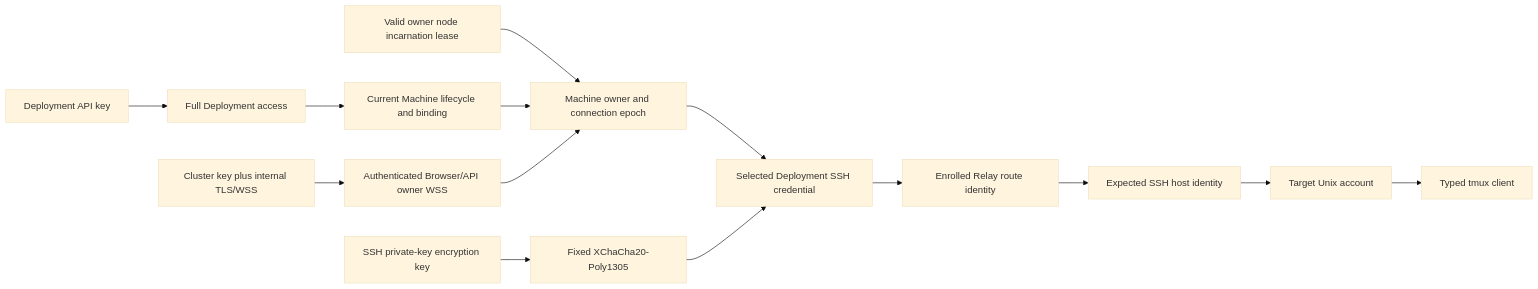
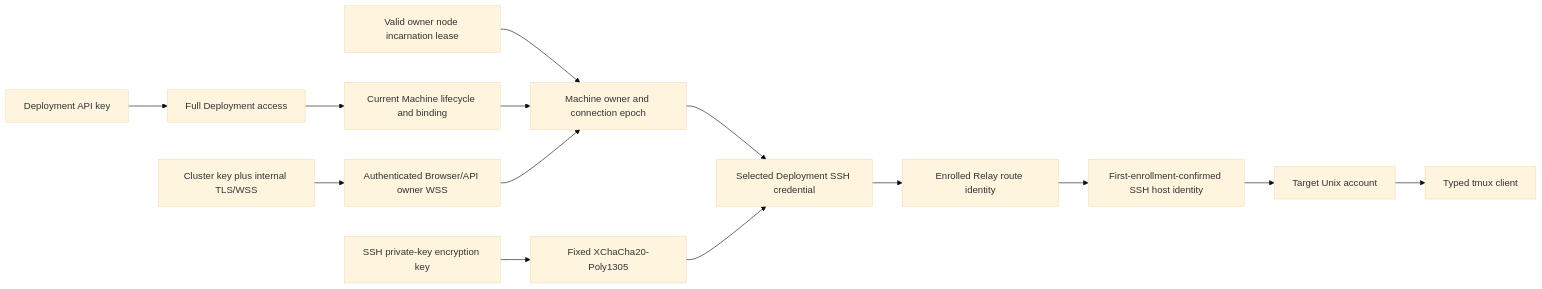
One commit to Wh1isper/cloud-ssh changed the third of 3 diagrams in spec/08-operations-security-and-resilience.md. Above: the diagram before and after it, drawn with Mermaid (base theme). The commit also changed other lines of this file and 52 other files, not shown here.

First line of the commit message:
feat(ssh): pin host keys on first enrollment

````diff
--- a/spec/08-operations-security-and-resilience.md
+++ b/spec/08-operations-security-and-resilience.md
@@ -286,17 +286,17 @@
 ```mermaid
 flowchart LR
     APIKey["Deployment API key"] --> Access["Full Deployment access"]
     Access --> Machine["Current Machine lifecycle and binding"]
     NodeLease["Valid owner node incarnation lease"] --> Owner["Machine owner and connection epoch"]
     Machine --> Owner
     Owner --> Credential["Selected Deployment SSH credential"]
     Credential --> Route["Enrolled Relay route identity"]
-    Route --> Host["Expected SSH host identity"]
+    Route --> Host["First-enrollment-confirmed SSH host identity"]
     Host --> Account["Target Unix account"]
     Account --> Tmux["Typed tmux client"]
 
     ClusterKey["Cluster key plus internal TLS/WSS"] --> Handoff["Authenticated Browser/API owner WSS"]
     Handoff --> Owner
     EncryptionKey["SSH private-key encryption key"] --> Crypto["Fixed XChaCha20-Poly1305"]
     Crypto --> Credential
 ```
````
